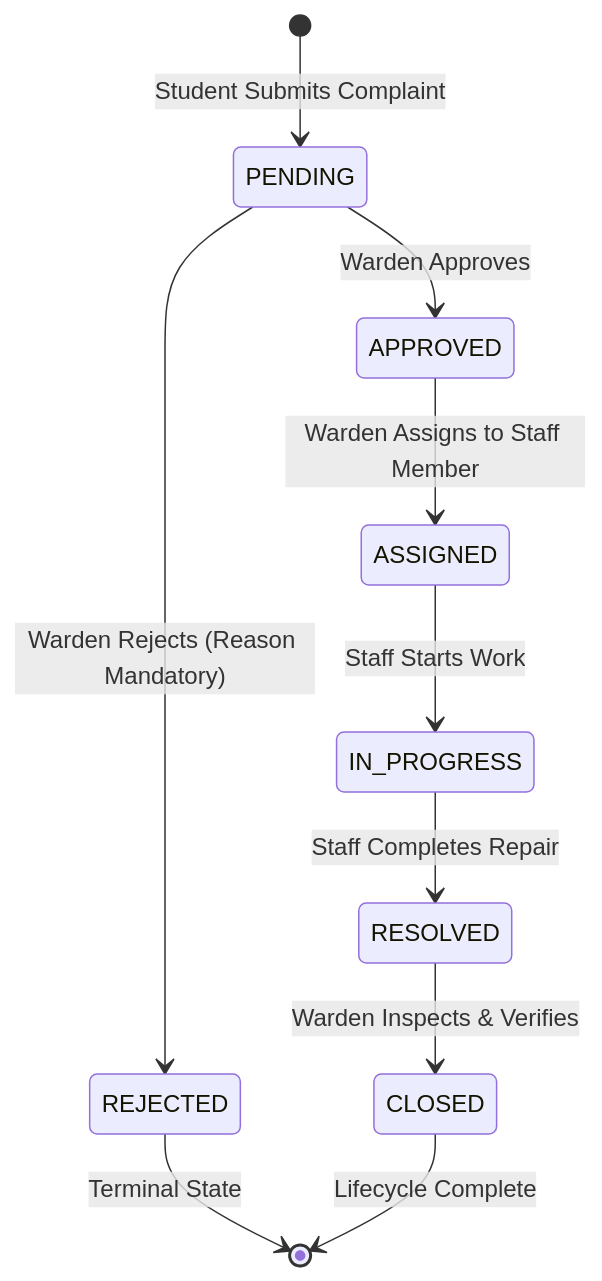
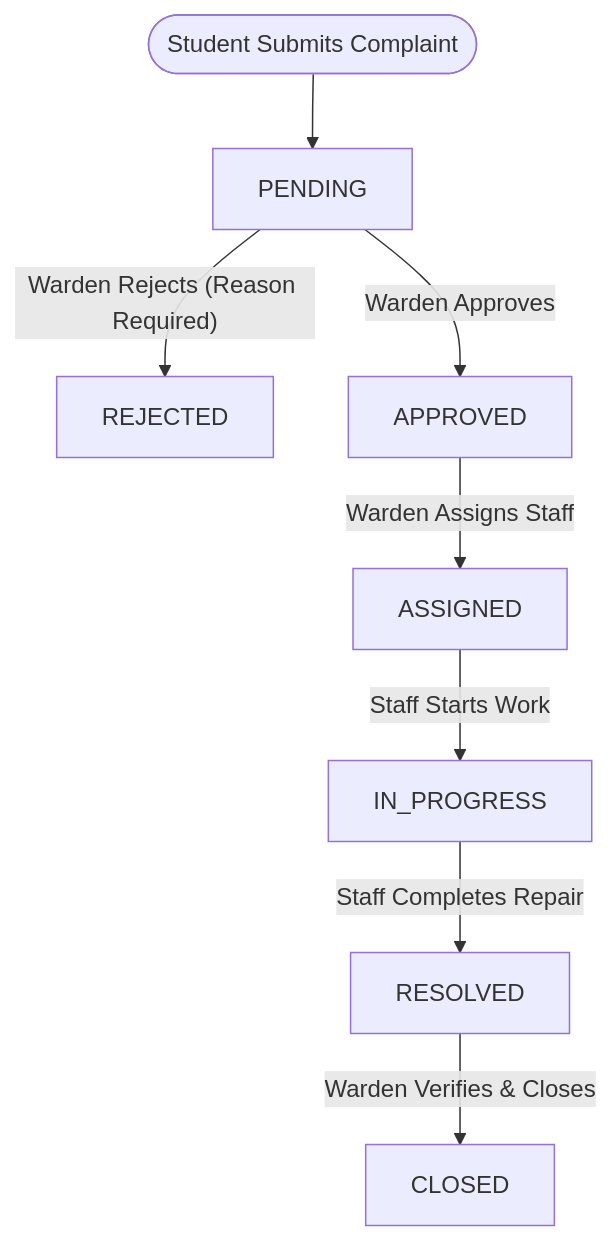
One commit to Jivitesh06/HostelFix changed the diagram in README.md. Above: the diagram before and after it, drawn with Mermaid. The commit also changed other lines of this file, not shown here.

Commit message:
fix(docs): replace stateDiagram-v2 with standard Mermaid flowchart TD and text fallback for GitHub rendering

````diff
--- a/README.md
+++ b/README.md
@@ -82,14 +82,11 @@
 ```mermaid
-stateDiagram-v2
-    [*] --> PENDING: Student Submits Complaint
+flowchart TD
+    SUBMIT(["Student Submits Complaint"]) --> PENDING["PENDING"]
     
-    PENDING --> REJECTED: Warden Rejects (Reason Mandatory)
-    REJECTED --> [*]: Terminal State
-
-    PENDING --> APPROVED: Warden Approves
-    APPROVED --> ASSIGNED: Warden Assigns to Staff Member
-    ASSIGNED --> IN_PROGRESS: Staff Starts Work
-    IN_PROGRESS --> RESOLVED: Staff Completes Repair
-    RESOLVED --> CLOSED: Warden Inspects & Verifies
-    CLOSED --> [*]: Lifecycle Complete
+    PENDING -->|"Warden Rejects (Reason Required)"| REJECTED["REJECTED"]
+    PENDING -->|"Warden Approves"| APPROVED["APPROVED"]
+    APPROVED -->|"Warden Assigns Staff"| ASSIGNED["ASSIGNED"]
+    ASSIGNED -->|"Staff Starts Work"| IN_PROGRESS["IN_PROGRESS"]
+    IN_PROGRESS -->|"Staff Completes Repair"| RESOLVED["RESOLVED"]
+    RESOLVED -->|"Warden Verifies & Closes"| CLOSED["CLOSED"]
 ```
````
